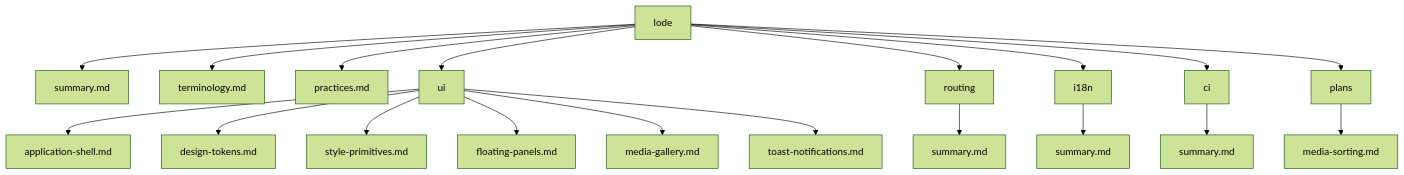
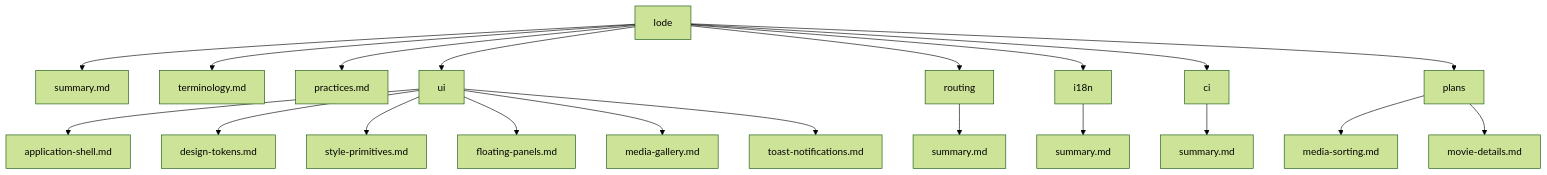
The diagram in lode/lode-map.md (Zwezh/media-shelf), drawn with Mermaid (forest theme) before and after one commit. The commit also changed other lines of this file and 48 other files, not shown here.

Commit message:
feat(gallery): add movie details view

````diff
--- a/lode/lode-map.md
+++ b/lode/lode-map.md
@@ -24,21 +25,22 @@
 ```mermaid
 flowchart TD
   Root[lode] --> Summary[summary.md]
   Root --> Terms[terminology.md]
   Root --> Practices[practices.md]
   Root --> UI[ui]
   UI --> UIShell[application-shell.md]
   UI --> UITokens[design-tokens.md]
   UI --> UIPrimitives[style-primitives.md]
   UI --> FloatingPanels[floating-panels.md]
   UI --> MediaGallery[media-gallery.md]
   UI --> Toasts[toast-notifications.md]
   Root --> Routing[routing]
   Routing --> RouteSummary[summary.md]
   Root --> I18n[i18n]
   I18n --> I18nSummary[summary.md]
   Root --> CI[ci]
   CI --> CISummary[summary.md]
   Root --> Plans[plans]
   Plans --> MediaSorting[media-sorting.md]
+  Plans --> MovieDetails[movie-details.md]
 ```
````
